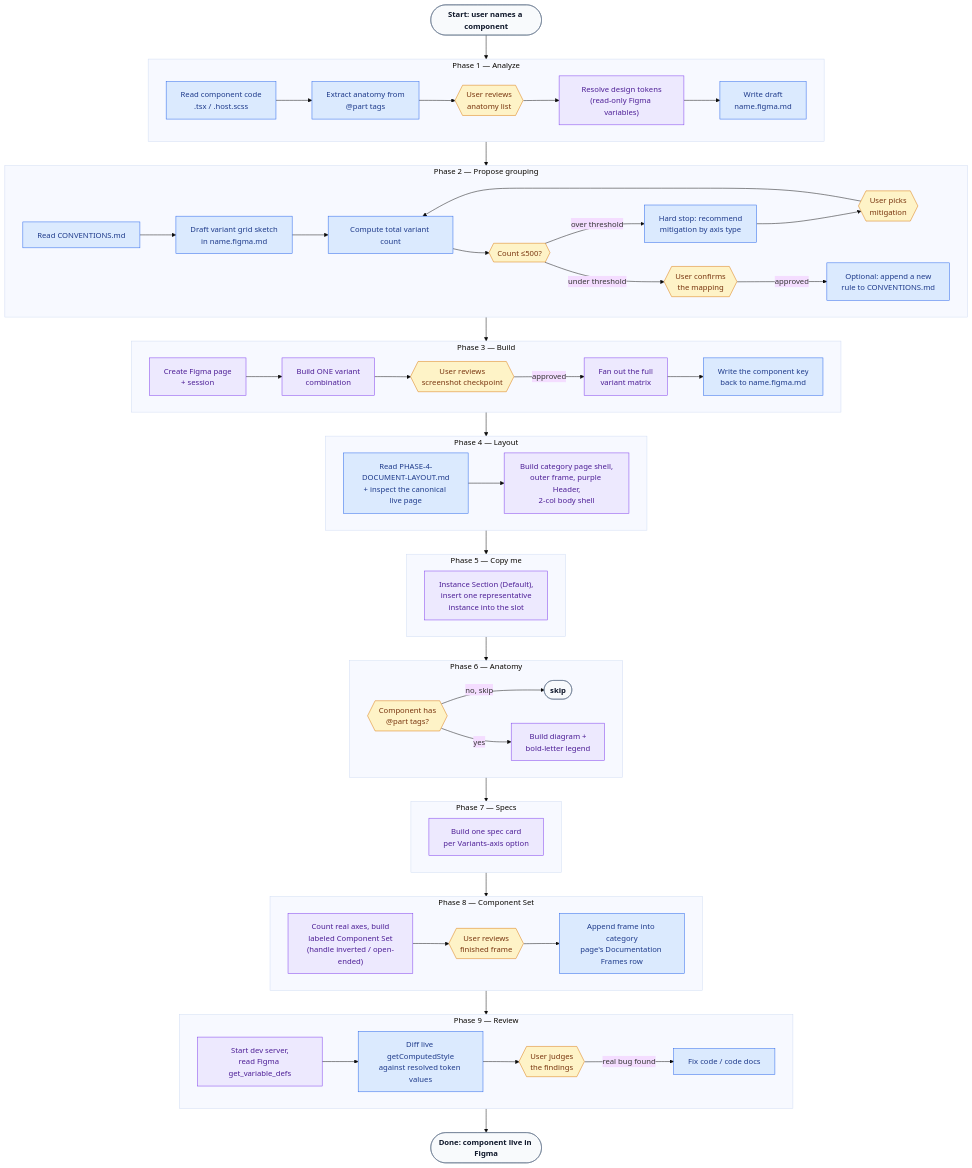
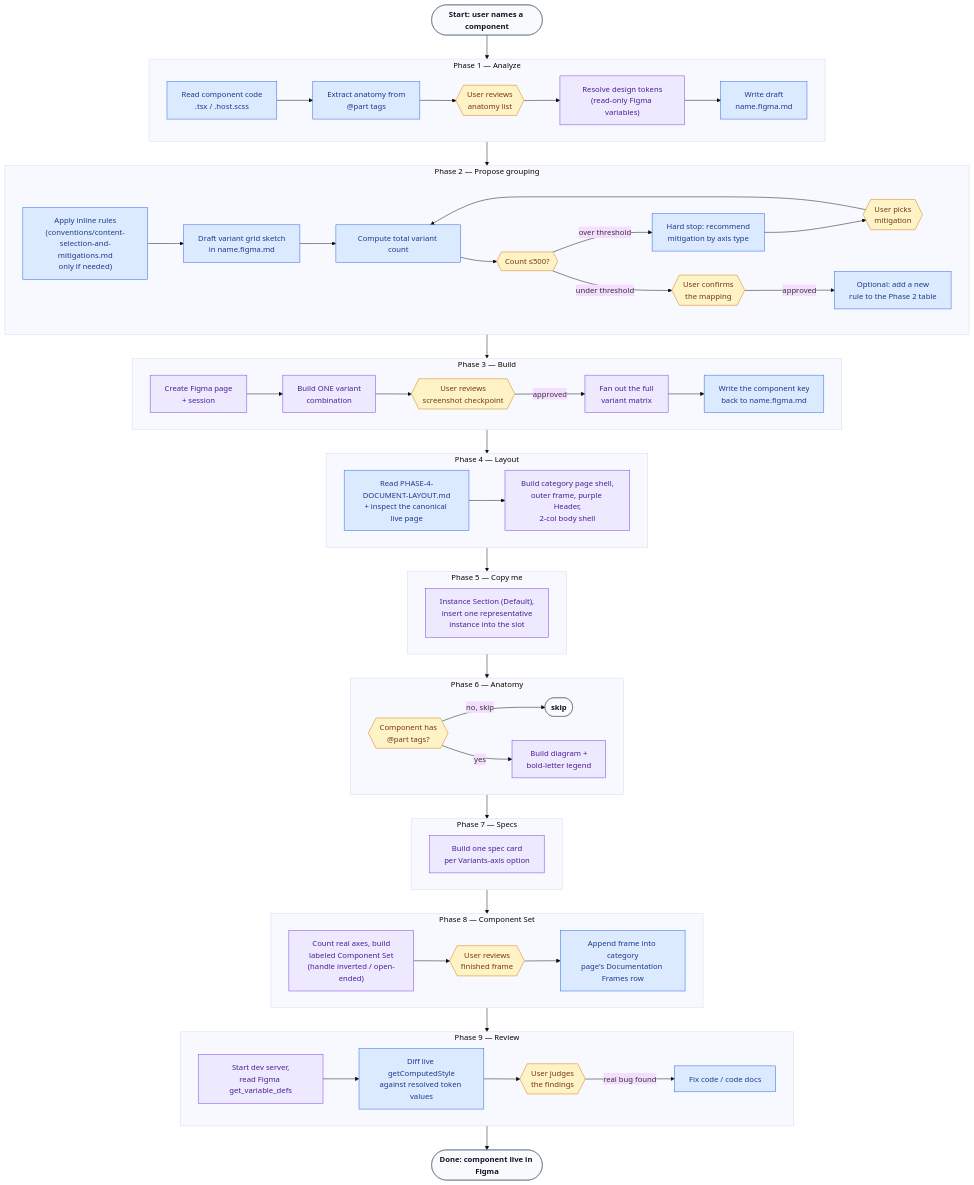
One commit to helvetia-design/design-system changed the diagram in .claude/skills/ds-code-to-figma/SKILL.md. Above: the diagram before and after it, drawn with Mermaid (base theme). The commit also changed other lines of this file and 11 other files, not shown here.

```diff
--- a/.claude/skills/ds-code-to-figma/SKILL.md
+++ b/.claude/skills/ds-code-to-figma/SKILL.md
@@ -63,14 +63,14 @@
 
     subgraph P2G["Phase 2 — Propose grouping"]
         direction LR
-        P2a["Read CONVENTIONS.md"]:::code --> P2b["Draft variant grid sketch<br/>in name.figma.md"]:::code
+        P2a["Apply inline rules<br/>(conventions/content-selection-and-mitigations.md<br/>only if needed)"]:::code --> P2b["Draft variant grid sketch<br/>in name.figma.md"]:::code
         P2b --> P2v["Compute total variant count"]:::code
         P2v --> P2check{{"Count ≤500?"}}:::human
         P2check -->|over threshold| P2w["Hard stop: recommend<br/>mitigation by axis type"]:::code
         P2w --> P2x{{"User picks<br/>mitigation"}}:::human
         P2x --> P2v
         P2check -->|under threshold| P2c{{"User confirms<br/>the mapping"}}:::human
-        P2c -->|approved| P2d["Optional: append a new<br/>rule to CONVENTIONS.md"]:::code
+        P2c -->|approved| P2d["Optional: add a new<br/>rule to the Phase 2 table"]:::code
     end
 
     P2G --> P3G
```
